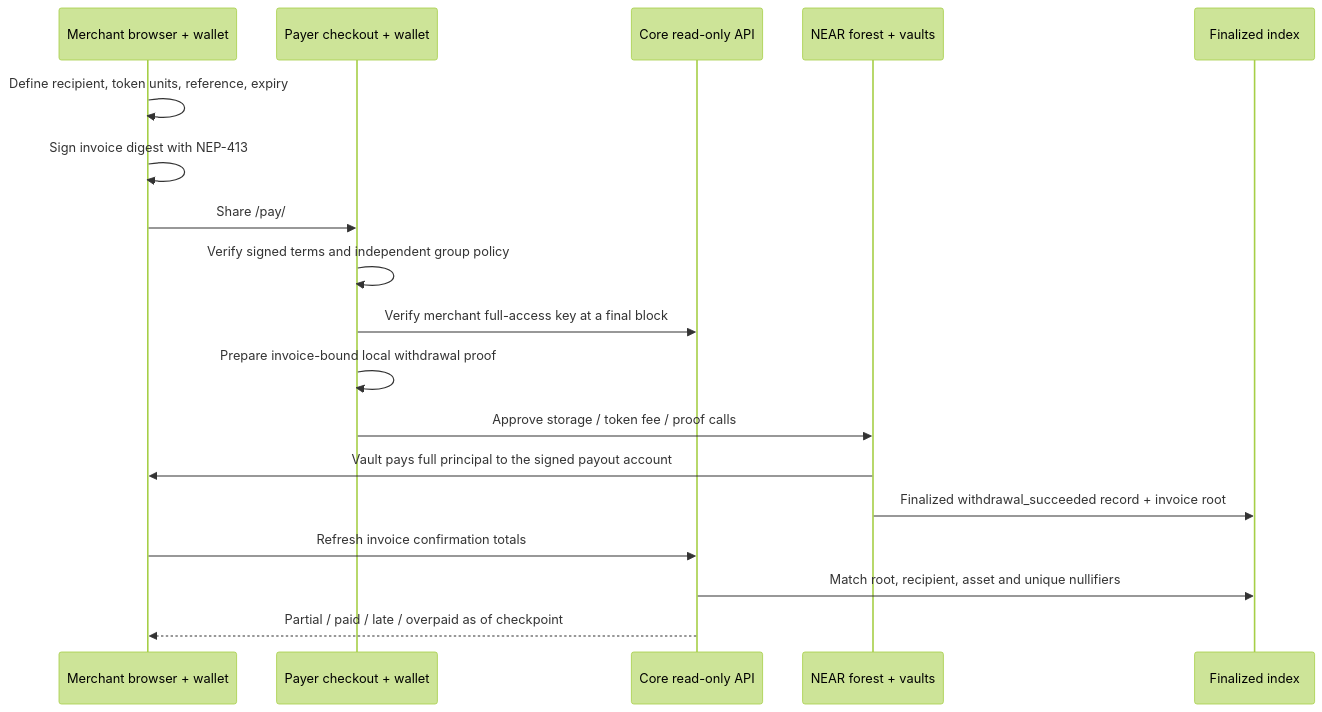
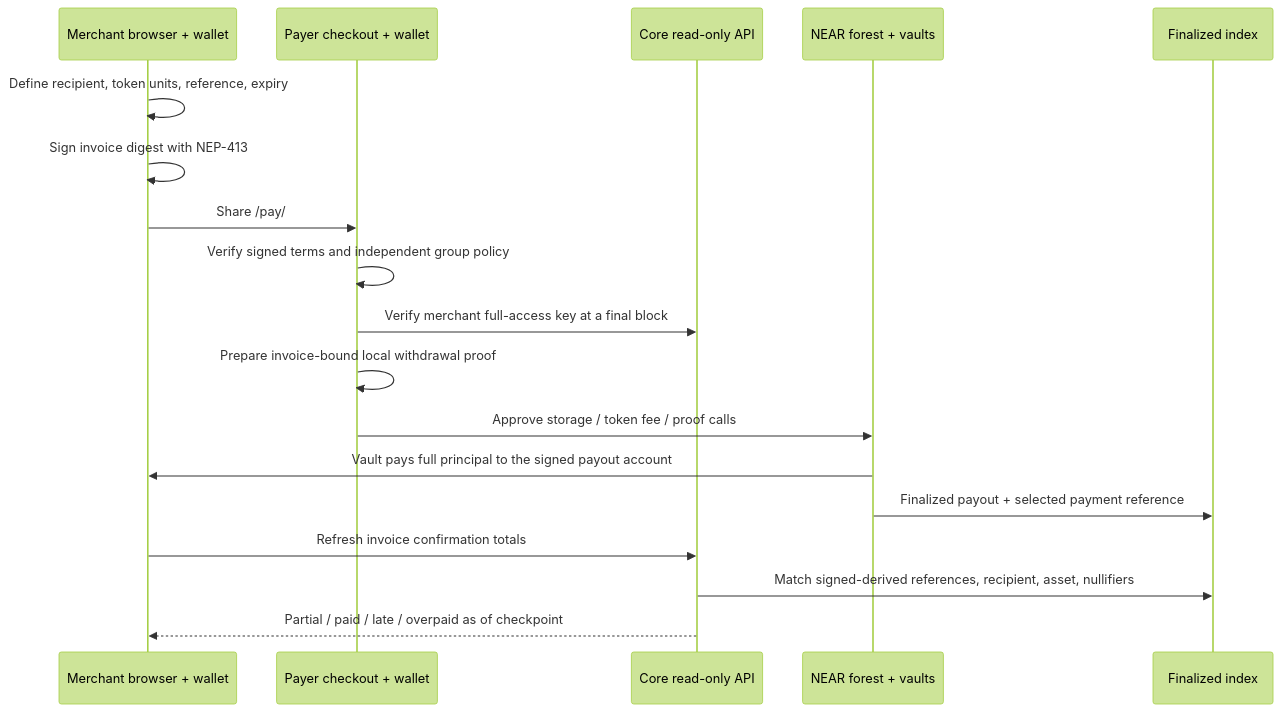
Before and after one commit to Company-privacy-settlement/Core: the diagram in docs/INVOICES.md, drawn with Mermaid (forest theme). The commit also changed other lines of this file and 12 other files, not shown here.

Commit message:
Use signed per-payment invoice references and document privacy boundaries

````diff
--- a/docs/INVOICES.md
+++ b/docs/INVOICES.md
@@ -9,20 +9,20 @@
 ```mermaid
 sequenceDiagram
     participant M as Merchant browser + wallet
     participant P as Payer checkout + wallet
     participant A as Core read-only API
     participant F as NEAR forest + vaults
     participant I as Finalized index
     M->>M: Define recipient, token units, reference, expiry
     M->>M: Sign invoice digest with NEP-413
     M->>P: Share /pay/#invoice=... or signed JSON
     P->>P: Verify signed terms and independent group policy
     P->>A: Verify merchant full-access key at a final block
     P->>P: Prepare invoice-bound local withdrawal proof
     P->>F: Approve storage / token fee / proof calls
     F->>M: Vault pays full principal to the signed payout account
-    F->>I: Finalized withdrawal_succeeded record + invoice root
+    F->>I: Finalized payout + selected payment reference
     M->>A: Refresh invoice confirmation totals
-    A->>I: Match root, recipient, asset and unique nullifiers
+    A->>I: Match signed-derived references, recipient, asset, nullifiers
     A-->>M: Partial / paid / late / overpaid as of checkpoint
 ```
````
